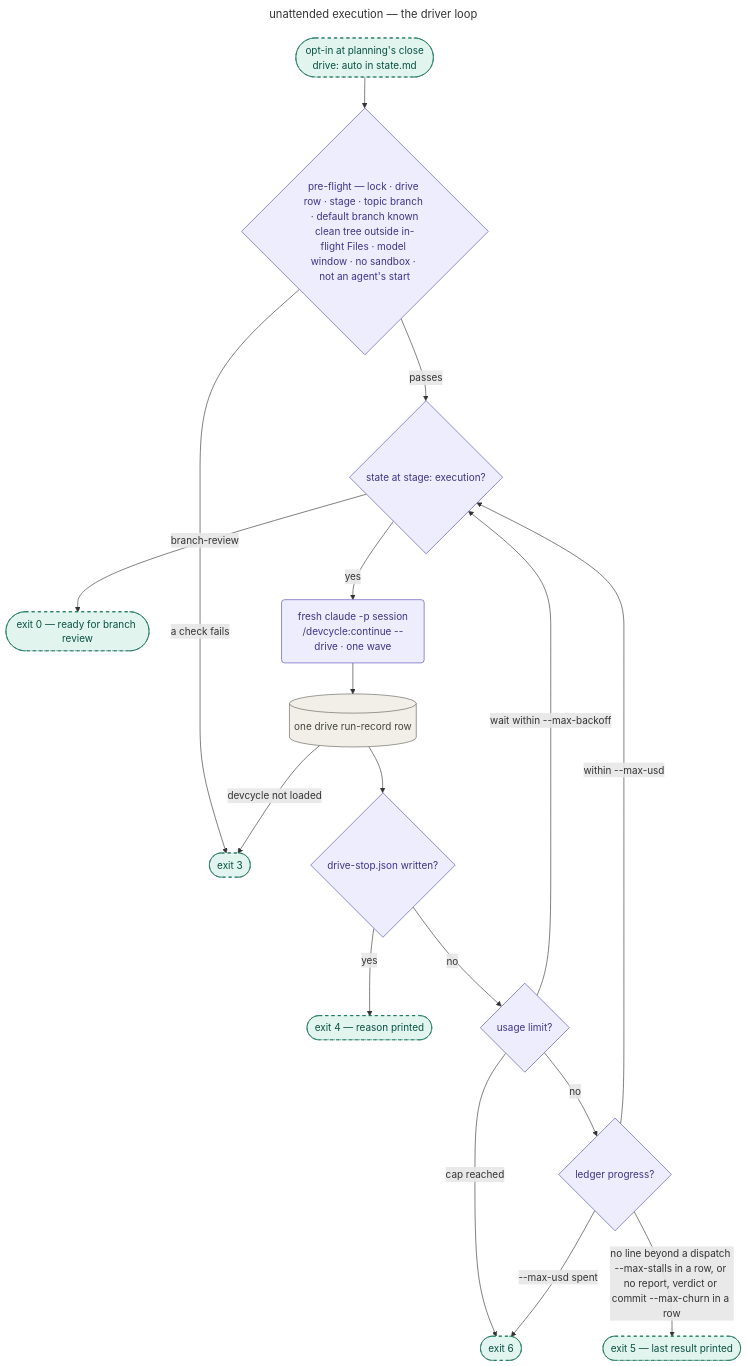
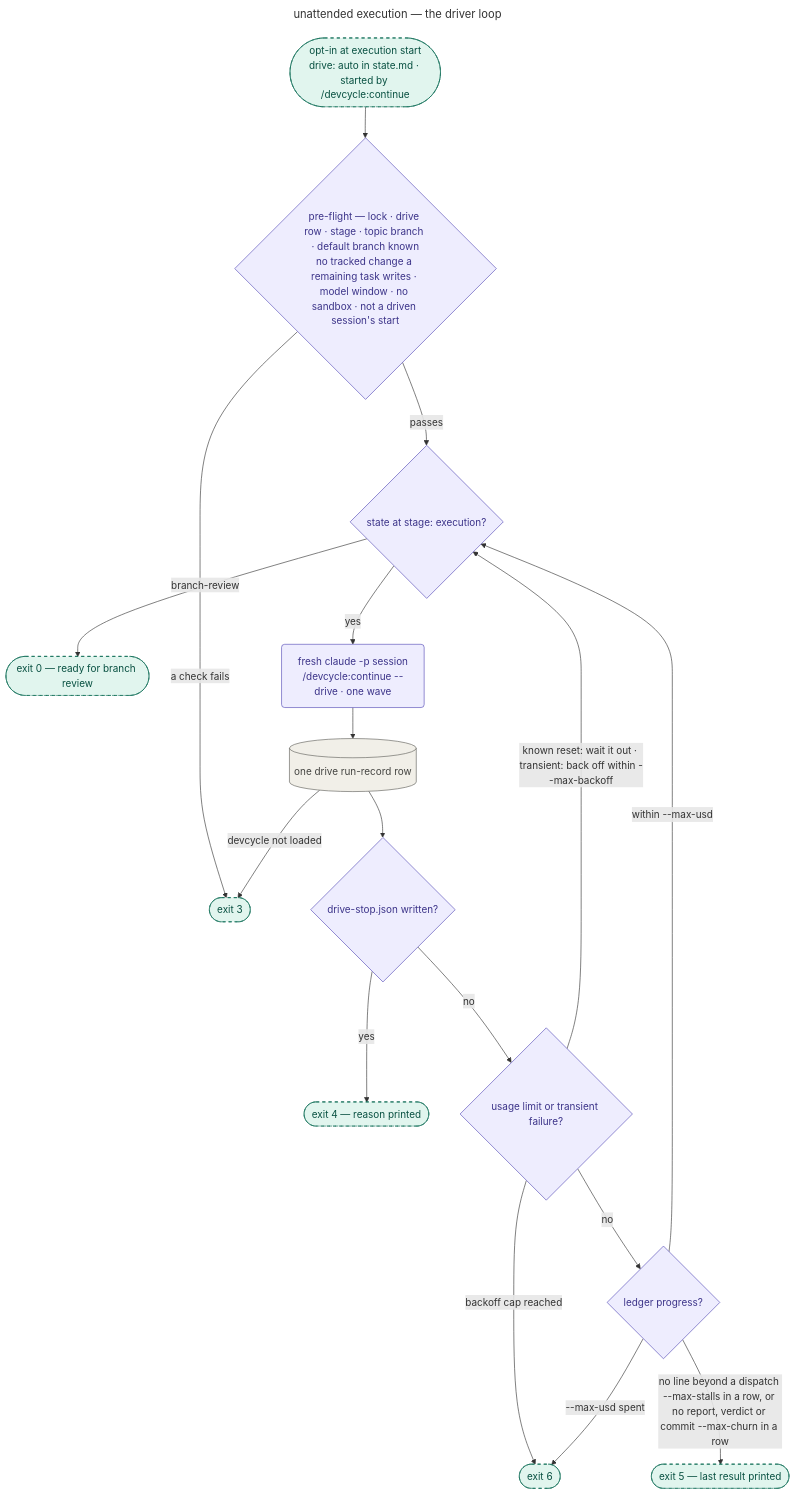
Before and after one commit to KonstantinRoehrl/devcycle: the second of 2 diagrams in docs/pipeline/README.md, drawn with Mermaid. The commit also changed other lines of this file and 8 other files, not shown here.

First line of the commit message:
docs(drive): document the execution-start opt-in and driver resilience, and point the git guard at --stop (#348, #349, #351)

````diff
--- a/docs/pipeline/README.md
+++ b/docs/pipeline/README.md
@@ -221,28 +223,28 @@
 ```mermaid
 ---
 title: unattended execution — the driver loop
-accDescr: Flowchart of the execution driver. After the user opts in at planning's close, a fail-closed pre-flight runs; then, while the state is at execution, the driver starts one fresh claude -p session per wave, records it, and ends on a stop the session signalled, a usage limit past its cap, too many sessions in a row without ledger progress, or the dollar cap, succeeding only when the state reaches branch review.
+accDescr: Flowchart of the execution driver. After the user opts in at execution start and /devcycle:continue starts it, a fail-closed pre-flight runs; then, while the state is at execution, the driver starts one fresh claude -p session per wave, records it, waits out a usage limit until its reset and backs off from a transient failure, and ends on a stop the session signalled, transient failures past their cap, too many sessions in a row without ledger progress, or the dollar cap, succeeding only when the state reaches branch review.
 ---
 flowchart TD
-    OPT(["opt-in at planning's close<br/>drive: auto in state.md"]):::tool
-    OPT --> PRE{"pre-flight — lock · drive row · stage · topic branch · default branch known<br/>clean tree outside in-flight Files · model window · no sandbox · not an agent's start"}:::stage
+    OPT(["opt-in at execution start<br/>drive: auto in state.md · started by /devcycle:continue"]):::tool
+    OPT --> PRE{"pre-flight — lock · drive row · stage · topic branch · default branch known<br/>no tracked change a remaining task writes · model window · no sandbox · not a driven session's start"}:::stage
     PRE -->|"a check fails"| E3(["exit 3"]):::tool
     PRE -->|passes| STAGE{"state at stage: execution?"}:::stage
     STAGE -->|"branch-review"| E0(["exit 0 — ready for branch review"]):::tool
     STAGE -->|yes| SESSION("fresh claude -p session<br/>/devcycle:continue --drive · one wave"):::stage
     SESSION --> REC[("one drive run-record row")]:::structural
     REC -->|"devcycle not loaded"| E3
     REC --> STOPQ{"drive-stop.json written?"}:::stage
     STOPQ -->|yes| E4(["exit 4 — reason printed"]):::tool
-    STOPQ -->|no| LIMIT{"usage limit?"}:::stage
-    LIMIT -->|"wait within --max-backoff"| STAGE
-    LIMIT -->|"cap reached"| E6(["exit 6"]):::tool
+    STOPQ -->|no| LIMIT{"usage limit or transient failure?"}:::stage
+    LIMIT -->|"known reset: wait it out · transient: back off within --max-backoff"| STAGE
+    LIMIT -->|"backoff cap reached"| E6(["exit 6"]):::tool
     LIMIT -->|no| PROG{"ledger progress?"}:::stage
     PROG -->|"no line beyond a dispatch --max-stalls in a row, or no report, verdict or commit --max-churn in a row"| E5(["exit 5 — last result printed"]):::tool
     PROG -->|"within --max-usd"| STAGE
     PROG -->|"--max-usd spent"| E6
 
     classDef stage fill:#EEEDFE,stroke:#534AB7,color:#3C3489;
     classDef tool fill:#E1F5EE,stroke:#0F6E56,color:#085041,stroke-dasharray:5 5;
     classDef structural fill:#F1EFE8,stroke:#5F5E5A,color:#444441;
 ```
````
